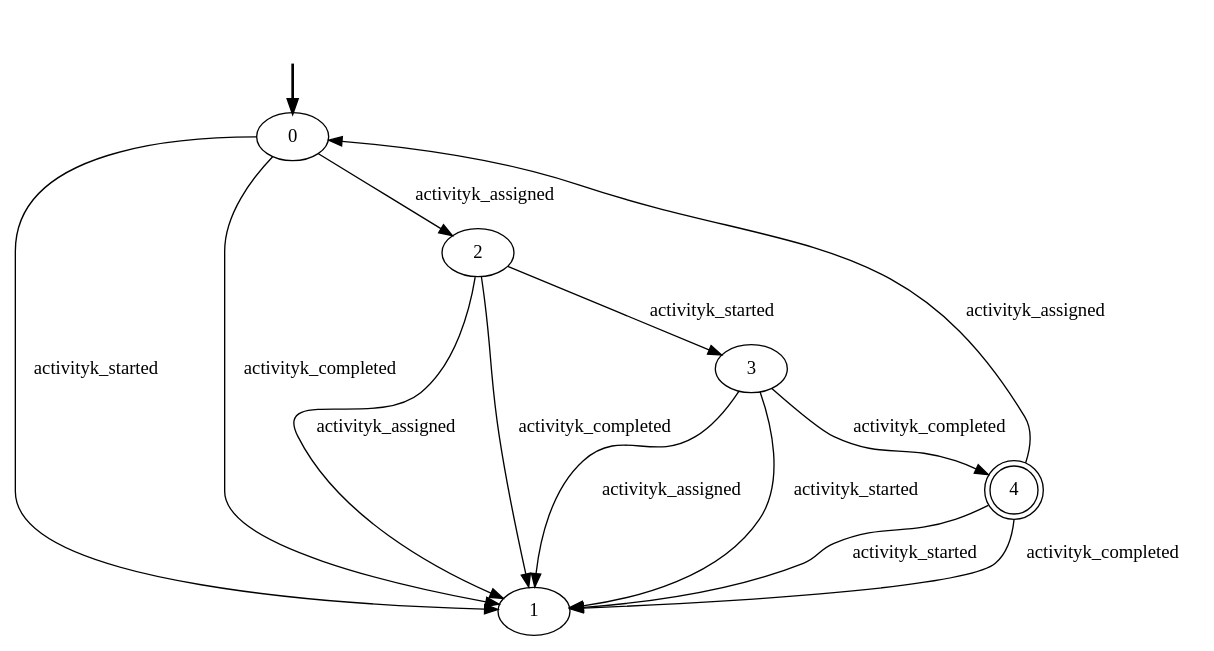
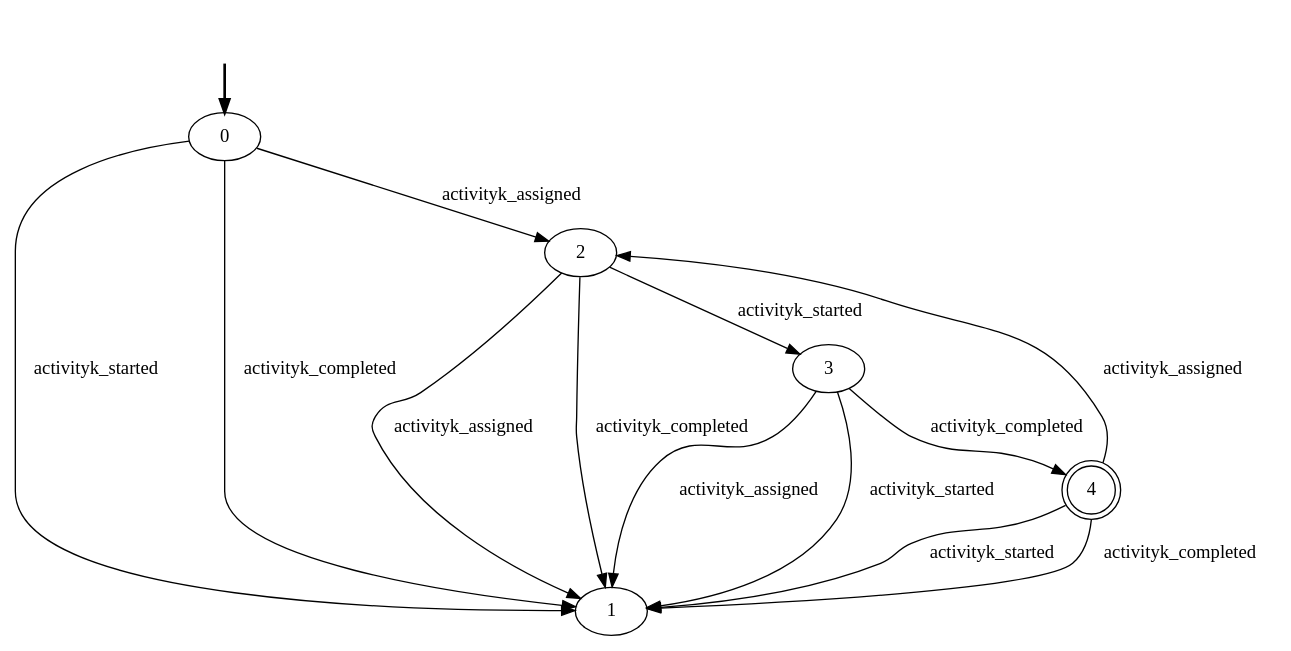
One commit to GianmarcoBordin/pddlTranslator changed the diagram in out/production/Aligner/declarative-models/Data-Aware/5-CONSTRAINTS/activityk_lifecycle.dot. Above: the diagram before and after it, drawn with Graphviz. The commit also changed 78 other files, not shown here.

```diff
--- a/out/production/Aligner/declarative-models/Data-Aware/5-CONSTRAINTS/activityk_lifecycle.dot
+++ b/out/production/Aligner/declarative-models/Data-Aware/5-CONSTRAINTS/activityk_lifecycle.dot
@@ -1,21 +1,21 @@
 digraph {
-  fake0 [style=invisible]
-  0 [root=true]
-  2
-  3
-  4 [shape=doublecircle]
-  1
-  fake0 -> 0 [style=bold]
-  0 -> 2 [label=activityk_assigned]
-  2 -> 3 [label=activityk_started]
-  3 -> 4 [label=activityk_completed]
-  4 -> 0 [label=activityk_assigned]
-  3 -> 1 [label=activityk_assigned]
-  3 -> 1 [label=activityk_started]
-  4 -> 1 [label=activityk_started]
-  4 -> 1 [label=activityk_completed]
-  2 -> 1 [label=activityk_assigned]
-  2 -> 1 [label=activityk_completed]
-  0 -> 1 [label=activityk_started]
-  0 -> 1 [label=activityk_completed]
+		fake0 [style=invisible]
+		0 [root=true]
+		1
+		2
+		3
+		4 [shape=doublecircle]
+		fake0 -> 0 [style=bold]
+		2 -> 1 [label=activityk_assigned]
+		2 -> 3 [label=activityk_started]
+		2 -> 1 [label=activityk_completed]
+		3 -> 1 [label=activityk_assigned]
+		3 -> 1 [label=activityk_started]
+		3 -> 4 [label=activityk_completed]
+		4 -> 2 [label=activityk_assigned]
+		4 -> 1 [label=activityk_started]
+		4 -> 1 [label=activityk_completed]
+		0 -> 2 [label=activityk_assigned]
+		0 -> 1 [label=activityk_started]
+		0 -> 1 [label=activityk_completed]
 }
```
